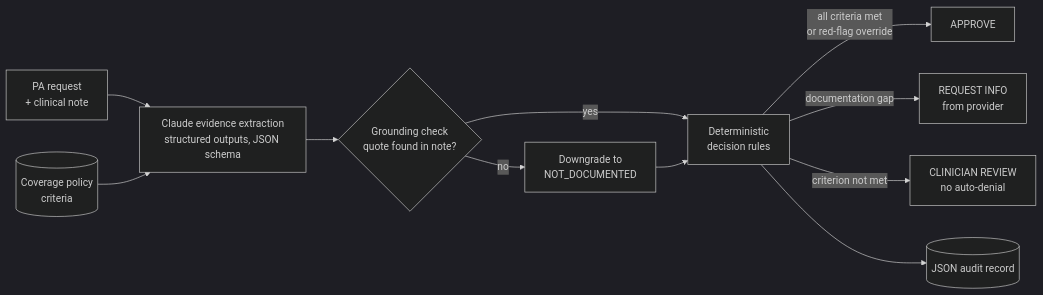
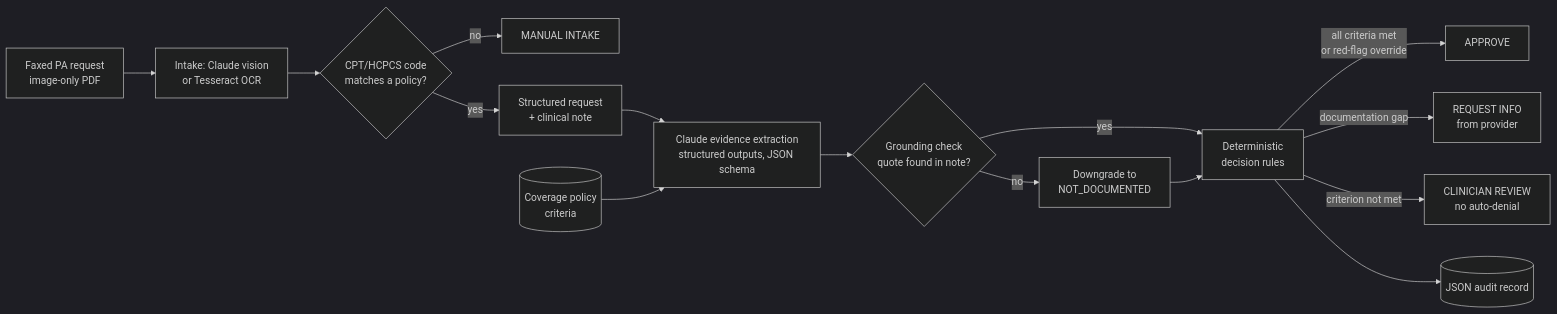
Before and after one commit to gzwuyue/prior-auth-decision-engine: the diagram in README.md, drawn with Mermaid (dark theme). The commit also changed other lines of this file and 30 other files, not shown here.

Commit message:
Add faxed-PDF intake with Claude vision and Tesseract OCR

````diff
--- a/README.md
+++ b/README.md
@@ -25,13 +27,17 @@
 ```mermaid
 flowchart LR
-    A[PA request<br/>+ clinical note] --> B[Claude evidence extraction<br/>structured outputs, JSON schema]
+    F[Faxed PA request<br/>image-only PDF] --> O[Intake: Claude vision<br/>or Tesseract OCR]
+    O --> R{CPT/HCPCS code<br/>matches a policy?}
+    R -- no --> M[MANUAL INTAKE]
+    R -- yes --> A[Structured request<br/>+ clinical note]
+    A --> B[Claude evidence extraction<br/>structured outputs, JSON schema]
     P[(Coverage policy<br/>criteria)] --> B
     B --> G{Grounding check<br/>quote found in note?}
     G -- no --> N[Downgrade to<br/>NOT_DOCUMENTED]
     G -- yes --> D[Deterministic<br/>decision rules]
     N --> D
     D -->|all criteria met<br/>or red-flag override| AP[APPROVE]
     D -->|documentation gap| RI[REQUEST INFO<br/>from provider]
     D -->|criterion not met| CR[CLINICIAN REVIEW<br/>no auto-denial]
     D --> L[(JSON audit record)]
 ```
````
